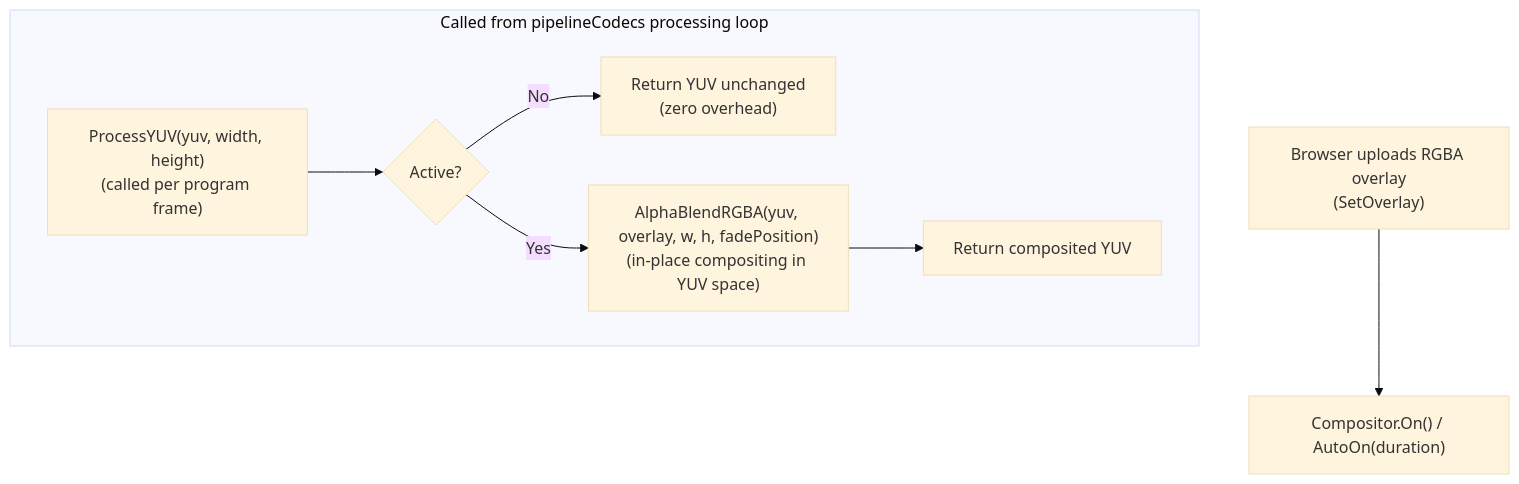
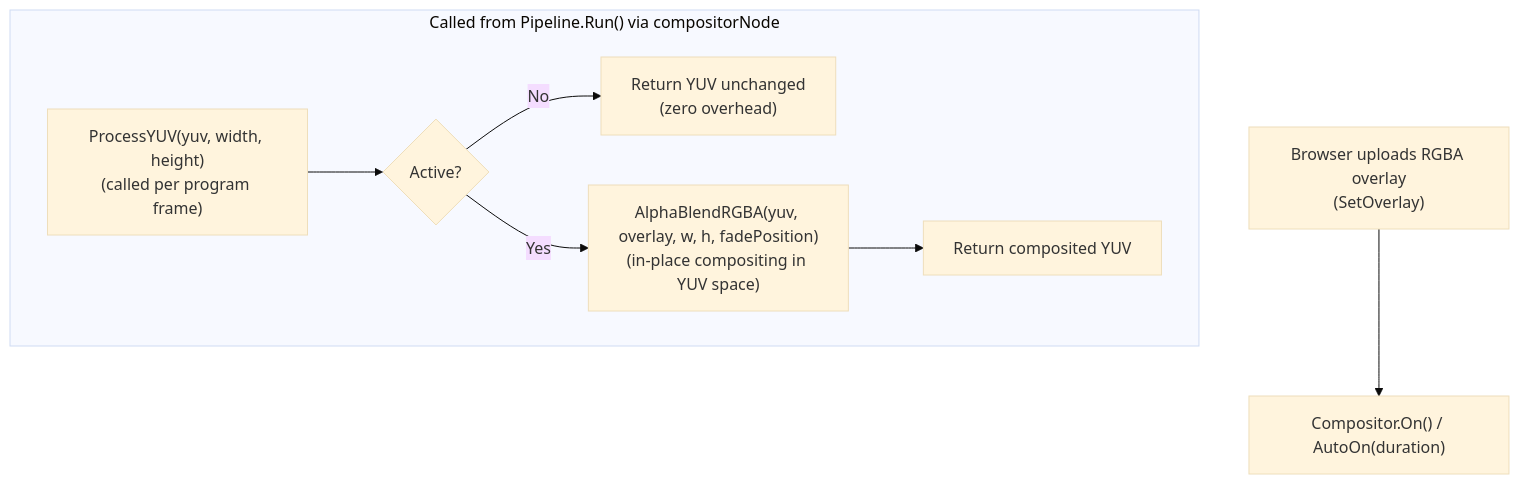
The eighth of 23 diagrams in docs/architecture.md (zsiec/switchframe), drawn with Mermaid (base theme) before and after one commit. The commit also changed other lines of this file, not shown here.

First line of the commit message:
docs(architecture): update diagrams and text for Pipeline.Run() node chain

````diff
--- a/docs/architecture.md
+++ b/docs/architecture.md
@@ -437,11 +442,11 @@
 ```mermaid
 flowchart TD
     upload["Browser uploads RGBA overlay<br/>(SetOverlay)"] --> activate["Compositor.On() / AutoOn(duration)"]
 
-    subgraph pipeline["Called from pipelineCodecs processing loop"]
+    subgraph pipeline["Called from Pipeline.Run() via compositorNode"]
         yuvin["ProcessYUV(yuv, width, height)<br/>(called per program frame)"] --> check{"Active?"}
         check -->|No| pass["Return YUV unchanged<br/>(zero overhead)"]
         check -->|Yes| blend["AlphaBlendRGBA(yuv, overlay, w, h, fadePosition)<br/>(in-place compositing in YUV space)"]
         blend --> ret["Return composited YUV"]
     end
 ```
````
